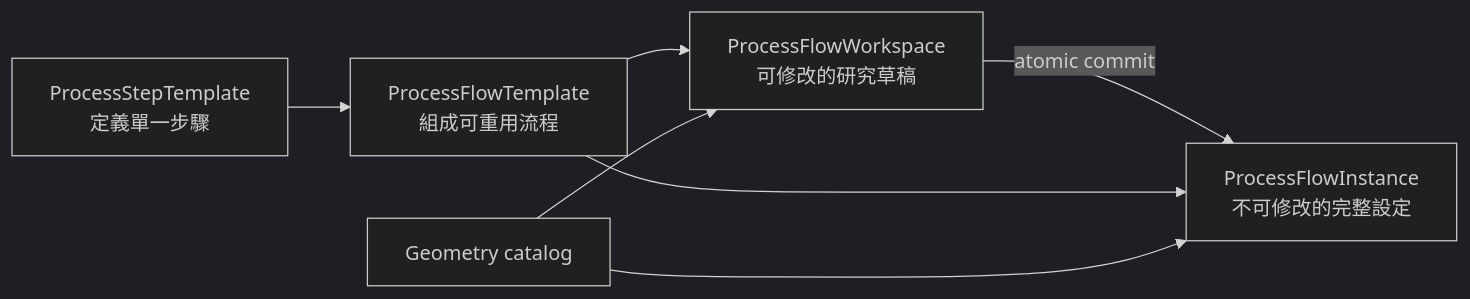
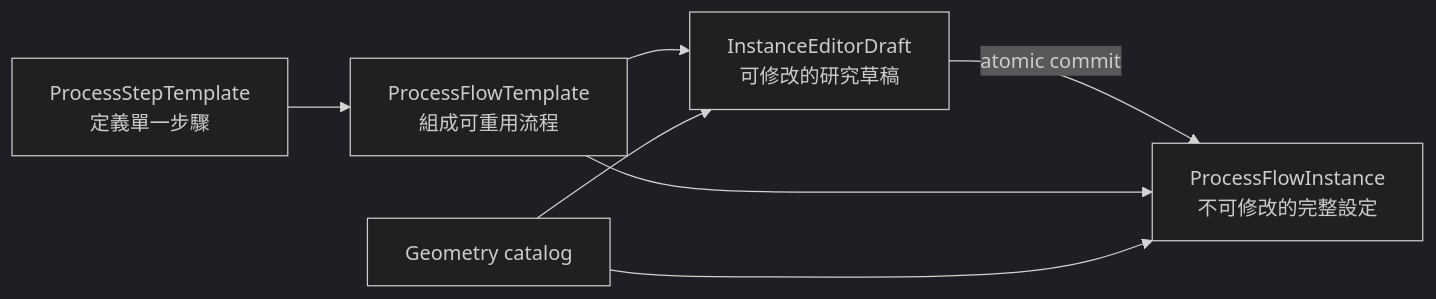
The first of 5 diagrams in docs/data-model.md (henry861010/process_flow_v2), drawn with Mermaid (dark theme) before and after one commit. The commit also changed other lines of this file and 57 other files, not shown here.

````diff
--- a/docs/data-model.md
+++ b/docs/data-model.md
@@ -102,9 +103,9 @@
 ```mermaid
 flowchart LR
   StepTemplate["ProcessStepTemplate<br/>定義單一步驟"] --> FlowTemplate["ProcessFlowTemplate<br/>組成可重用流程"]
-  FlowTemplate --> Workspace["ProcessFlowWorkspace<br/>可修改的研究草稿"]
-  Catalog["Geometry catalog"] --> Workspace
-  Workspace -->|"atomic commit"| Instance["ProcessFlowInstance<br/>不可修改的完整設定"]
+  FlowTemplate --> InstanceDraft["InstanceEditorDraft<br/>可修改的研究草稿"]
+  Catalog["Geometry catalog"] --> InstanceDraft
+  InstanceDraft -->|"atomic commit"| Instance["ProcessFlowInstance<br/>不可修改的完整設定"]
   FlowTemplate --> Instance
   Catalog --> Instance
 ```
````
